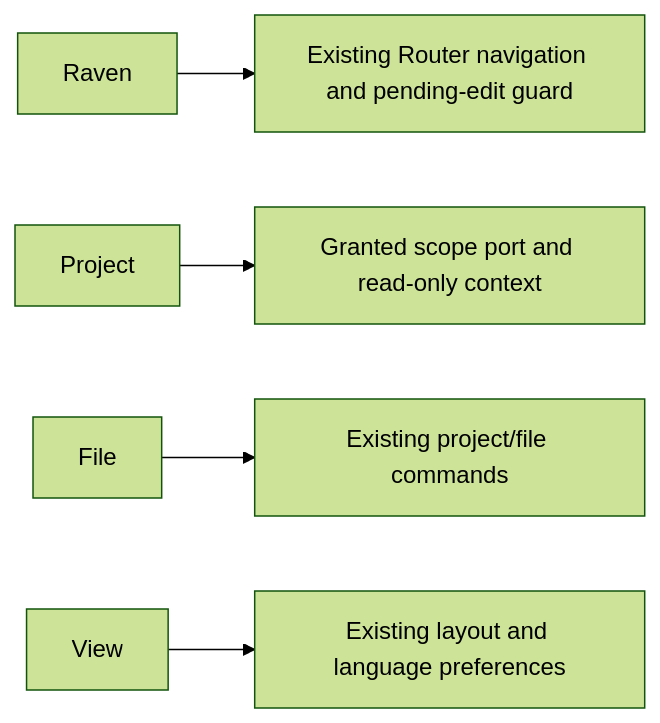
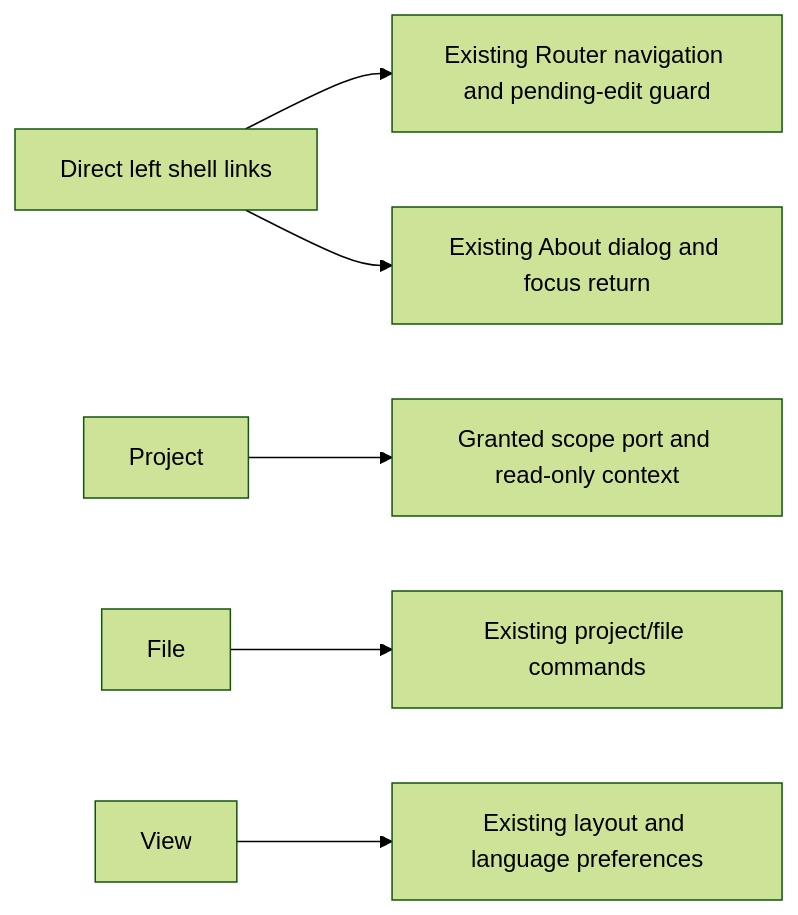
One commit to dunay2/dvt changed the fourth of 20 diagrams in docs/architecture/components/web/graph/canvas-shell-component.md. Above: the diagram before and after it, drawn with Mermaid (forest theme). The commit also changed other lines of this file and 424 other files, not shown here.

````diff
--- a/docs/architecture/components/web/graph/canvas-shell-component.md
+++ b/docs/architecture/components/web/graph/canvas-shell-component.md
@@ -295,7 +299,8 @@
 ```mermaid
 flowchart LR
-  Raven[Raven] --> Routes[Existing Router navigation and pending-edit guard]
+  Rail[Direct left shell links] --> Routes[Existing Router navigation and pending-edit guard]
+  Rail --> About[Existing About dialog and focus return]
   Project[Project] --> Scope[Granted scope port and read-only context]
   File[File] --> Contribution[Existing project/file commands]
   View[View] --> Layout[Existing layout and language preferences]
 ```
````
